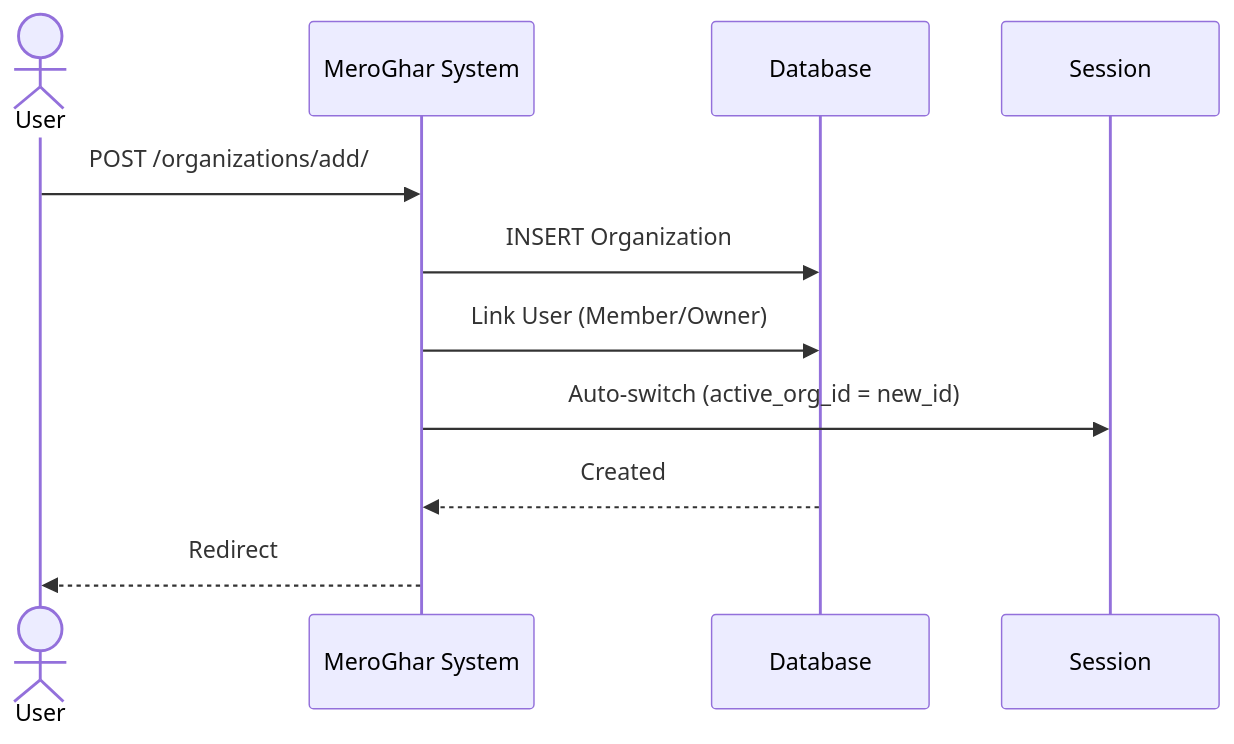
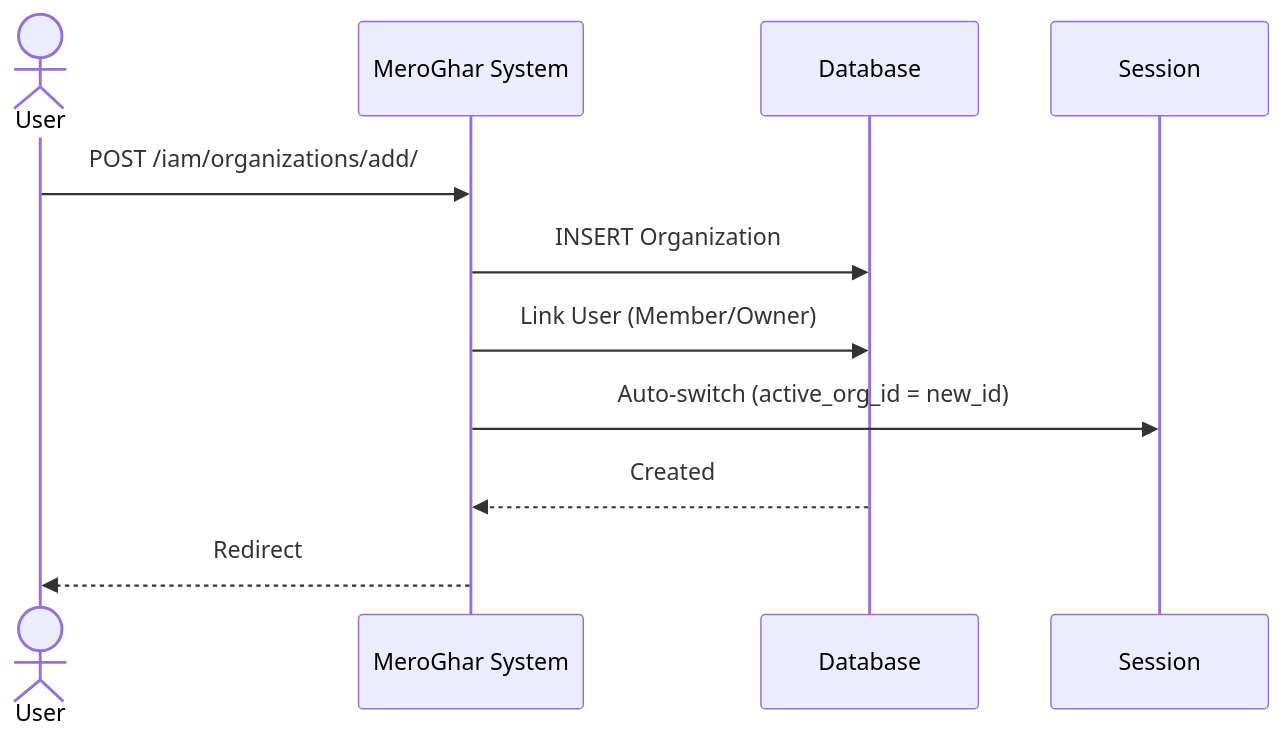
Before and after one commit to 0Ankit0/meroghar: the third of 4 diagrams in docs/workflows/organization.md, drawn with Mermaid. The commit also changed other lines of this file and 10 other files, not shown here.

````diff
--- a/docs/workflows/organization.md
+++ b/docs/workflows/organization.md
@@ -55,14 +55,14 @@
 ```mermaid
 sequenceDiagram
     actor User as User
     participant System as MeroGhar System
     participant DB as Database
     participant Session as Session
 
-    User->>System: POST /organizations/add/
+    User->>System: POST /iam/organizations/add/
     System->>DB: INSERT Organization
     System->>DB: Link User (Member/Owner)
     System->>Session: Auto-switch (active_org_id = new_id)
     DB-->>System: Created
     System-->>User: Redirect
 ```
````
